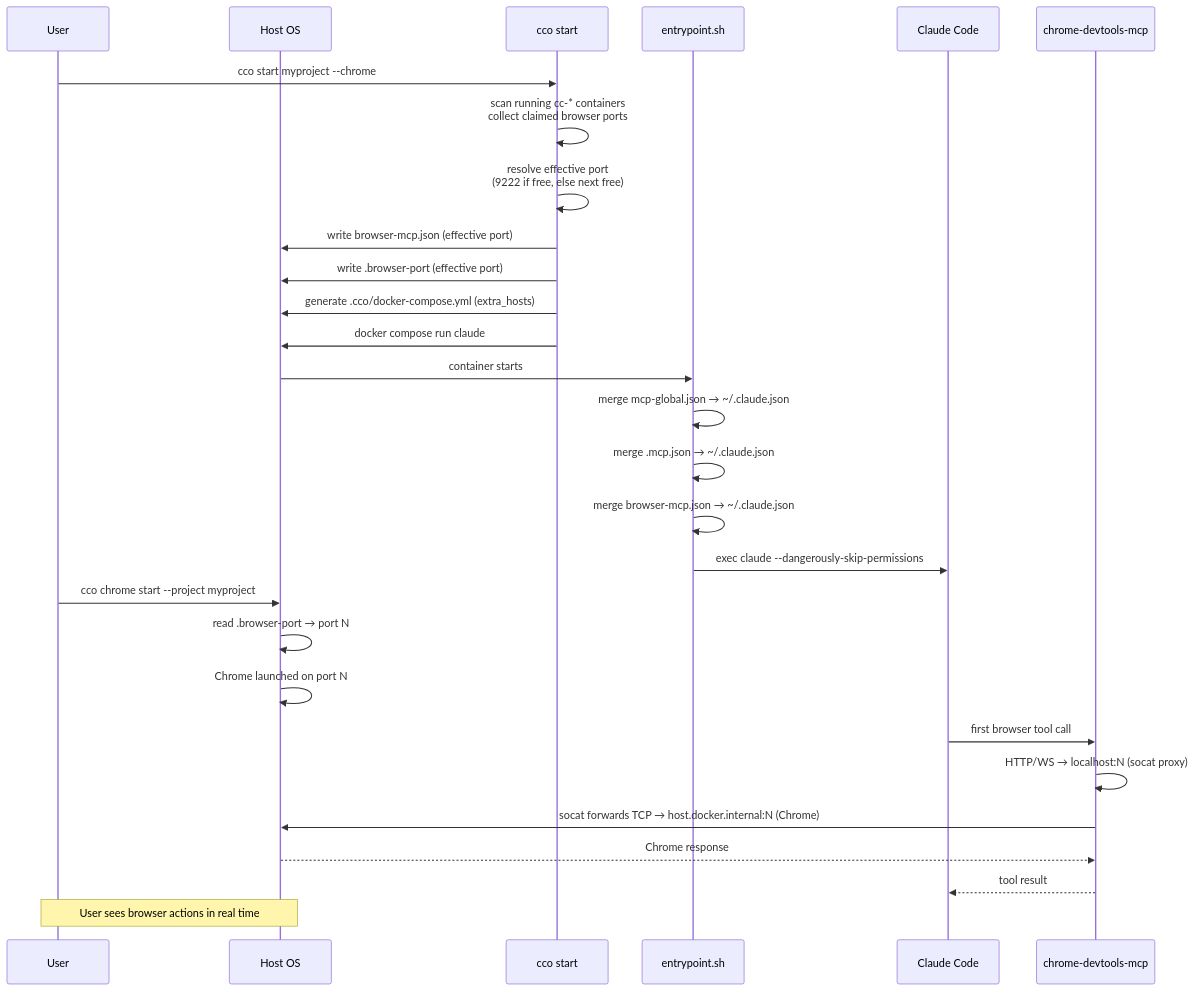
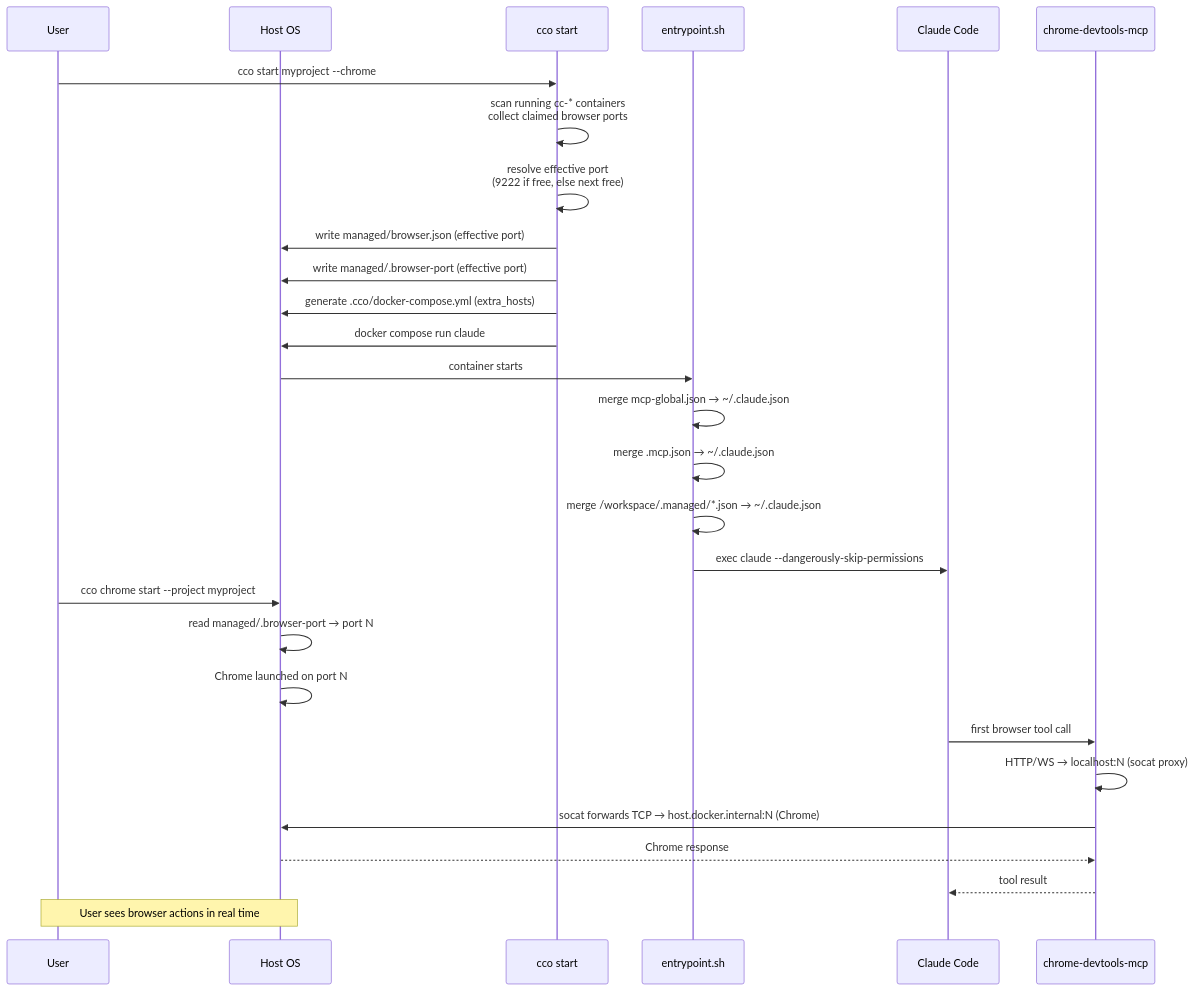
One commit to alergyonthestage/claude-orchestrator changed the first of 2 diagrams in docs/maintainers/integration/browser-mcp/design/design-browser.md. Above: the diagram before and after it, drawn with Mermaid. The commit also changed other lines of this file and 9 other files, not shown here.

````diff
--- a/docs/maintainers/integration/browser-mcp/design/design-browser.md
+++ b/docs/maintainers/integration/browser-mcp/design/design-browser.md
@@ -233,34 +230,34 @@
 ```mermaid
 sequenceDiagram
     participant User
     participant Host as Host OS
     participant cco as cco start
     participant EP as entrypoint.sh
     participant Claude as Claude Code
     participant MCP as chrome-devtools-mcp
 
     User->>cco: cco start myproject --chrome
     cco->>cco: scan running cc-* containers<br/>collect claimed browser ports
     cco->>cco: resolve effective port<br/>(9222 if free, else next free)
-    cco->>Host: write browser-mcp.json (effective port)
-    cco->>Host: write .browser-port (effective port)
+    cco->>Host: write managed/browser.json (effective port)
+    cco->>Host: write managed/.browser-port (effective port)
     cco->>Host: generate .cco/docker-compose.yml (extra_hosts)
     cco->>Host: docker compose run claude
 
     Host->>EP: container starts
     EP->>EP: merge mcp-global.json → ~/.claude.json
     EP->>EP: merge .mcp.json → ~/.claude.json
-    EP->>EP: merge browser-mcp.json → ~/.claude.json
+    EP->>EP: merge /workspace/.managed/*.json → ~/.claude.json
     EP->>Claude: exec claude --dangerously-skip-permissions
 
     User->>Host: cco chrome start --project myproject
-    Host->>Host: read .browser-port → port N
+    Host->>Host: read managed/.browser-port → port N
     Host->>Host: Chrome launched on port N
 
     Claude->>MCP: first browser tool call
     MCP->>MCP: HTTP/WS → localhost:N (socat proxy)
     MCP->>Host: socat forwards TCP → host.docker.internal:N (Chrome)
     Host-->>MCP: Chrome response
     MCP-->>Claude: tool result
     Note over User,Host: User sees browser actions in real time
 ```
````
